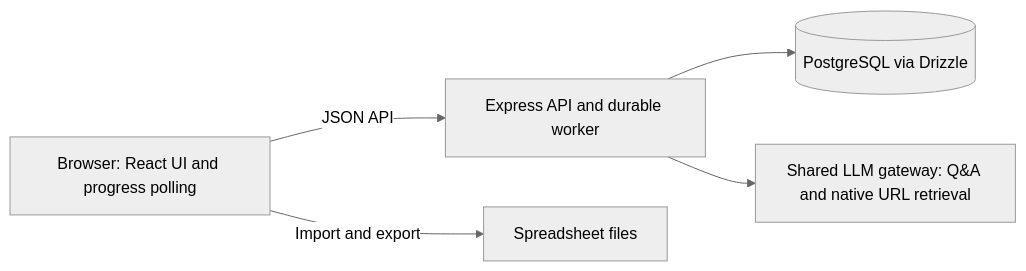
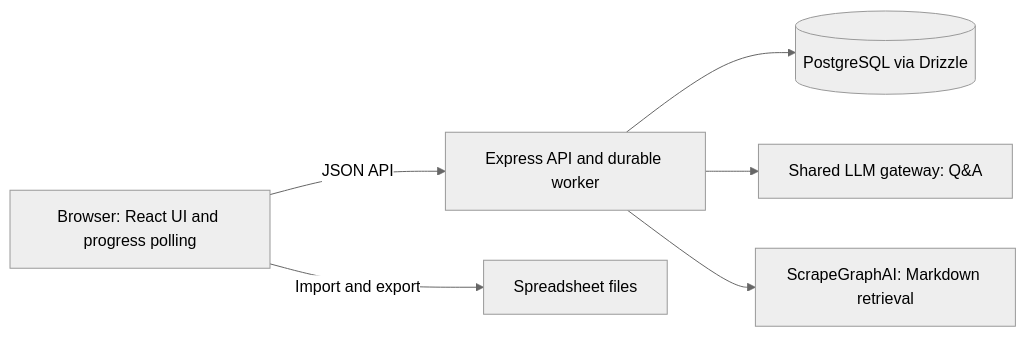
The diagram in README.md (cardiojunkie/Paxth_Q.A_Engine), drawn with Mermaid (neutral theme) before and after one commit. The commit also changed other lines of this file and 22 other files, not shown here.

````diff
--- a/README.md
+++ b/README.md
@@ -34,7 +34,8 @@
 ```mermaid
 flowchart LR
     B[Browser: React UI and progress polling] -->|JSON API| E[Express API and durable worker]
     B -->|Import and export| X[Spreadsheet files]
     E --> D[(PostgreSQL via Drizzle)]
-    E --> M[Shared LLM gateway: Q&A and native URL retrieval]
+    E --> M[Shared LLM gateway: Q&A]
+    E --> S[ScrapeGraphAI: Markdown retrieval]
 ```
````
